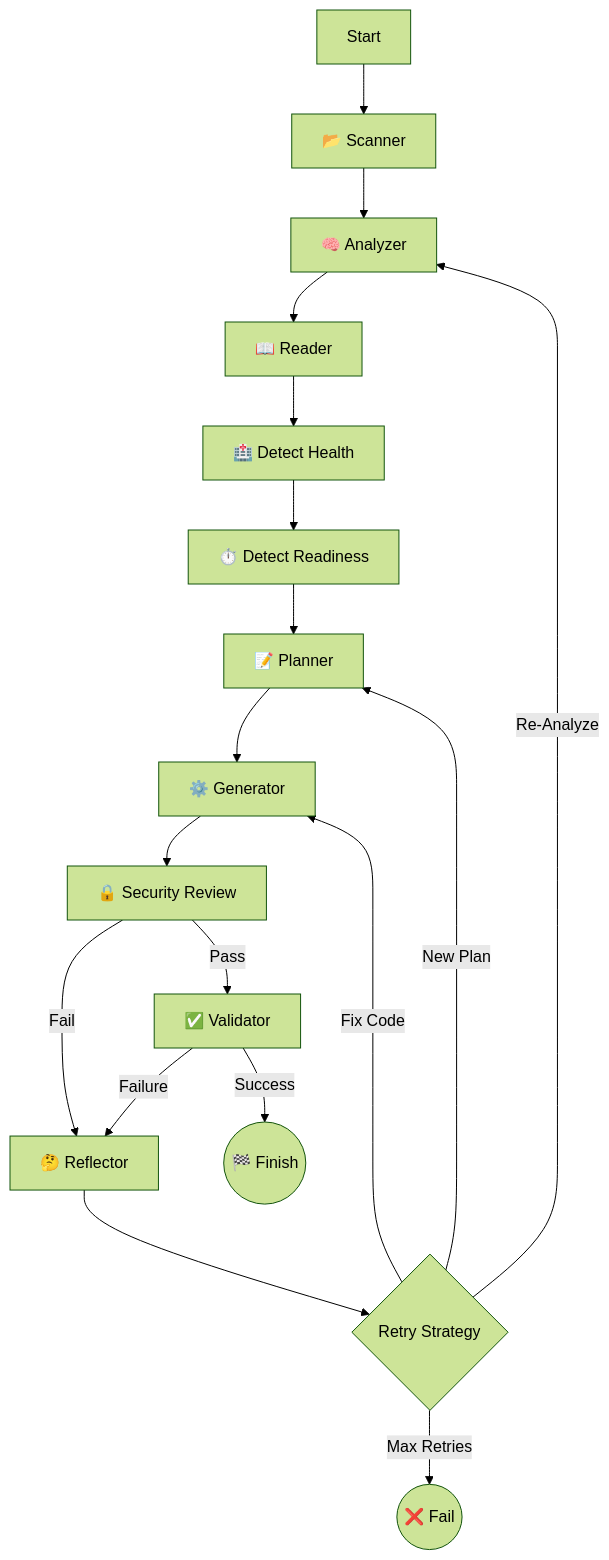
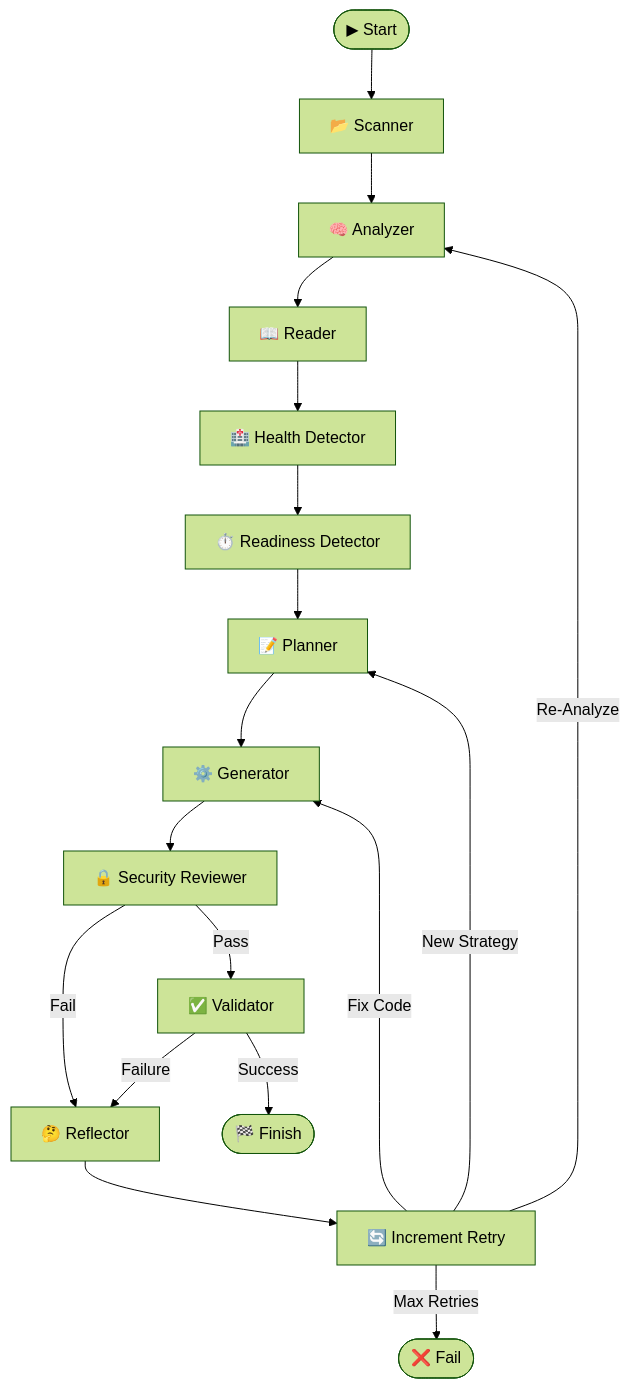
Before and after one commit to actions-marketplace-validations/itzzjb_dockai: the diagram in README.md, drawn with Mermaid (forest theme). The commit also changed other lines of this file and 3 other files, not shown here.

````diff
--- a/README.md
+++ b/README.md
@@ -96,23 +212,24 @@
 ```mermaid
 graph TD
-    Start --> Scan[📂 Scanner]
+    Start([▶ Start]) --> Scan[📂 Scanner]
     Scan --> Analyze[🧠 Analyzer]
     Analyze --> Read[📖 Reader]
-    Read --> Health[🏥 Detect Health]
-    Health --> Ready[⏱️ Detect Readiness]
+    Read --> Health[🏥 Health Detector]
+    Health --> Ready[⏱️ Readiness Detector]
     Ready --> Plan[📝 Planner]
     Plan --> Generate[⚙️ Generator]
-    Generate --> Review[🔒 Security Review]
+    Generate --> Review[🔒 Security Reviewer]
     
     Review -- Pass --> Validate[✅ Validator]
     Review -- Fail --> Reflect[🤔 Reflector]
     
-    Validate -- Success --> End((🏁 Finish))
+    Validate -- Success --> End([🏁 Finish])
     Validate -- Failure --> Reflect
     
-    Reflect --> Retry{Retry Strategy}
-    Retry -- Fix Code --> Generate
-    Retry -- New Plan --> Plan
-    Retry -- Re-Analyze --> Analyze
-    Retry -- Max Retries --> Fail((❌ Fail))
+    Reflect --> Increment[🔄 Increment Retry]
+    
+    Increment -- Fix Code --> Generate
+    Increment -- New Strategy --> Plan
+    Increment -- Re-Analyze --> Analyze
+    Increment -- Max Retries --> Fail([❌ Fail])
 ```
````
